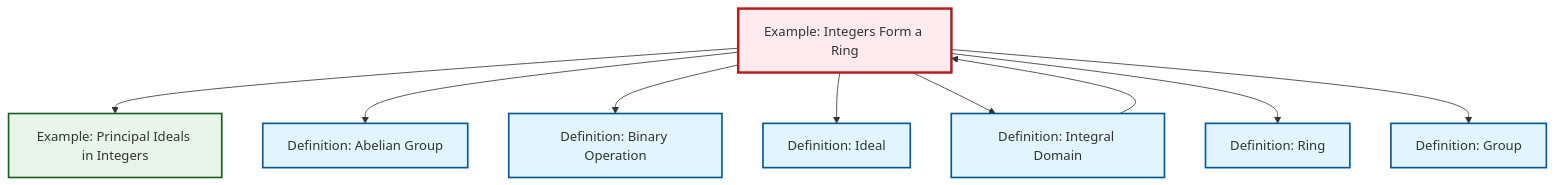
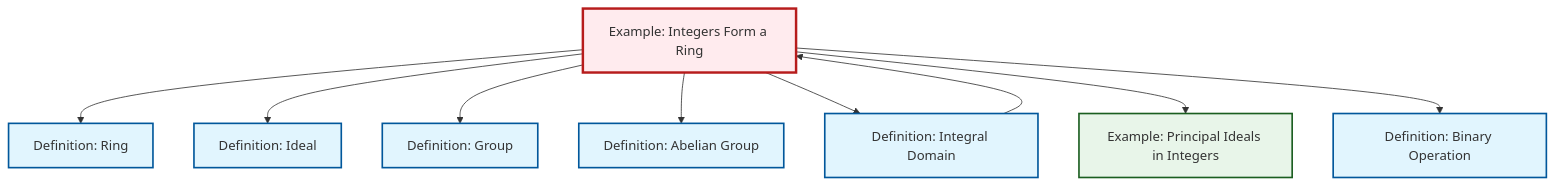
The diagram in content/en/algebra/ex-integers-ring.qmd (RK0429/ModernMath), drawn with Mermaid before and after one commit. The commit also changed other lines of this file and 1012 other files, not shown here.

````diff
--- a/content/en/algebra/ex-integers-ring.qmd
+++ b/content/en/algebra/ex-integers-ring.qmd
@@ -65,33 +65,33 @@
 ```{mermaid}
 %%| fig-cap: "Local dependency graph"
 graph TD
     classDef definition fill:#e1f5fe,stroke:#01579b,stroke-width:2px
     classDef theorem fill:#f3e5f5,stroke:#4a148c,stroke-width:2px
     classDef axiom fill:#fff3e0,stroke:#e65100,stroke-width:2px
     classDef example fill:#e8f5e9,stroke:#1b5e20,stroke-width:2px
     classDef current fill:#ffebee,stroke:#b71c1c,stroke-width:3px
     ex-integers-ring["Example: Integers Form a Ring"]:::example
-    def-ideal["Definition: Ideal"]:::definition
+    def-ring["Definition: Ring"]:::definition
     def-binary-operation["Definition: Binary Operation"]:::definition
-    def-integral-domain["Definition: Integral Domain"]:::definition
-    def-ring["Definition: Ring"]:::definition
     ex-principal-ideal["Example: Principal Ideals in Integers"]:::example
     def-abelian-group["Definition: Abelian Group"]:::definition
+    def-integral-domain["Definition: Integral Domain"]:::definition
+    def-ideal["Definition: Ideal"]:::definition
     def-group["Definition: Group"]:::definition
+    ex-integers-ring --> def-ring
+    ex-integers-ring --> def-ideal
+    ex-integers-ring --> def-group
+    ex-integers-ring --> def-abelian-group
+    ex-integers-ring --> def-integral-domain
     ex-integers-ring --> ex-principal-ideal
-    ex-integers-ring --> def-abelian-group
     ex-integers-ring --> def-binary-operation
-    ex-integers-ring --> def-ideal
-    ex-integers-ring --> def-integral-domain
     def-integral-domain --> ex-integers-ring
-    ex-integers-ring --> def-ring
-    ex-integers-ring --> def-group
     class ex-integers-ring current
-    click def-ideal "def-ideal.html" "Go to Ideal definition"
+    click def-ring "def-ring.html" "Go to Ring definition"
     click def-binary-operation "def-binary-operation.html" "Go to Binary Operation definition"
-    click def-integral-domain "def-integral-domain.html" "Go to Integral Domain definition"
-    click def-ring "def-ring.html" "Go to Ring definition"
     click ex-principal-ideal "ex-principal-ideal.html" "Go to Principal Ideals in Integers example"
     click def-abelian-group "def-abelian-group.html" "Go to Abelian Group definition"
+    click def-integral-domain "def-integral-domain.html" "Go to Integral Domain definition"
+    click def-ideal "def-ideal.html" "Go to Ideal definition"
     click def-group "def-group.html" "Go to Group definition"
 ```
````
